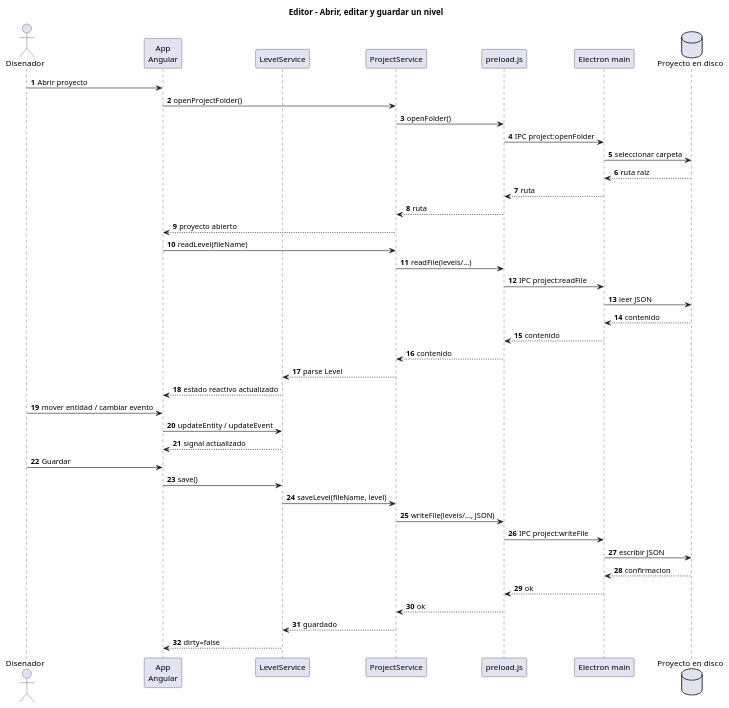
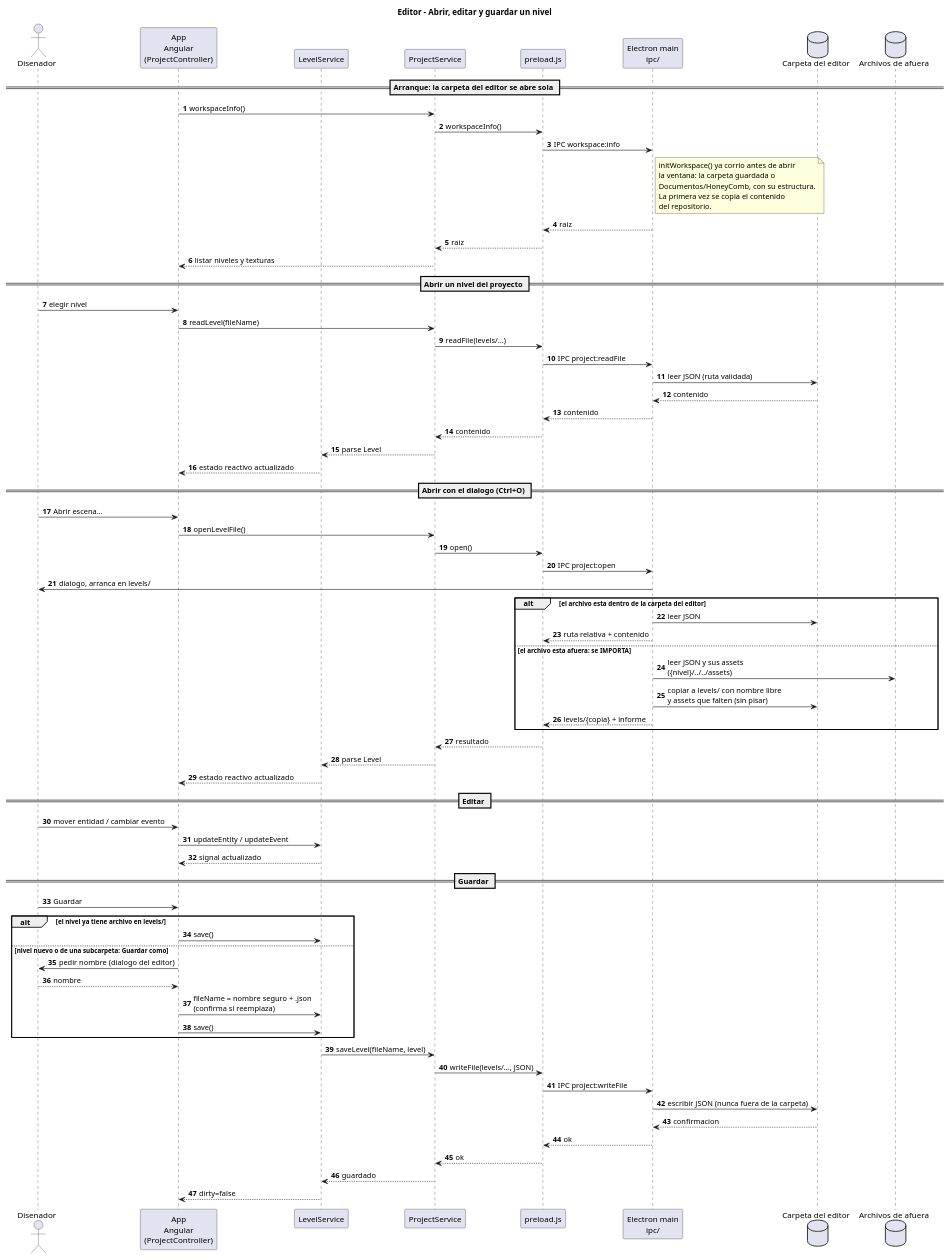
Before and after one commit to dannn-36/HoneyCombEngine-PlataformaNoCode-2.5D: the diagram in docs/architecture/editor-open-edit-save.puml, drawn with PlantUML. The commit also changed 59 other files, not shown here.

First line of the commit message:
Refactorizar el espacio de trabajo del editor y la canalización de recursos

```diff
--- a/docs/architecture/editor-open-edit-save.puml
+++ b/docs/architecture/editor-open-edit-save.puml
@@ -1,48 +1,83 @@
 @startuml editor-open-edit-save
 title Editor - Abrir, editar y guardar un nivel
 autonumber
 
 actor Disenador as designer
-participant "App\nAngular" as app
+participant "App\nAngular\n(ProjectController)" as app
 participant "LevelService" as level
 participant "ProjectService" as project
 participant "preload.js" as preload
-participant "Electron main" as main
-database "Proyecto en disco" as disk
+participant "Electron main\nipc/" as main
+database "Carpeta del editor" as disk
+database "Archivos de afuera" as outside
 
-designer -> app : Abrir proyecto
-app -> project : openProjectFolder()
-project -> preload : openFolder()
-preload -> main : IPC project:openFolder
-main -> disk : seleccionar carpeta
-disk --> main : ruta raiz
-main --> preload : ruta
-preload --> project : ruta
-project --> app : proyecto abierto
+== Arranque: la carpeta del editor se abre sola ==
+app -> project : workspaceInfo()
+project -> preload : workspaceInfo()
+preload -> main : IPC workspace:info
+note right of main
+initWorkspace() ya corrio antes de abrir
+la ventana: la carpeta guardada o
+Documentos/HoneyComb, con su estructura.
+La primera vez se copia el contenido
+del repositorio.
+end note
+main --> preload : raiz
+preload --> project : raiz
+project --> app : listar niveles y texturas
 
+== Abrir un nivel del proyecto ==
+designer -> app : elegir nivel
 app -> project : readLevel(fileName)
 project -> preload : readFile(levels/...)
 preload -> main : IPC project:readFile
-main -> disk : leer JSON
+main -> disk : leer JSON (ruta validada)
 disk --> main : contenido
 main --> preload : contenido
 preload --> project : contenido
 project --> level : parse Level
 level --> app : estado reactivo actualizado
 
+== Abrir con el dialogo (Ctrl+O) ==
+designer -> app : Abrir escena...
+app -> project : openLevelFile()
+project -> preload : open()
+preload -> main : IPC project:open
+main -> designer : dialogo, arranca en levels/
+alt el archivo esta dentro de la carpeta del editor
+  main -> disk : leer JSON
+  main --> preload : ruta relativa + contenido
+else el archivo esta afuera: se IMPORTA
+  main -> outside : leer JSON y sus assets\n({nivel}/../../assets)
+  main -> disk : copiar a levels/ con nombre libre\ny assets que falten (sin pisar)
+  main --> preload : levels/{copia} + informe
+end
+preload --> project : resultado
+project --> level : parse Level
+level --> app : estado reactivo actualizado
+
+== Editar ==
 designer -> app : mover entidad / cambiar evento
 app -> level : updateEntity / updateEvent
 level --> app : signal actualizado
 
+== Guardar ==
 designer -> app : Guardar
-app -> level : save()
+alt el nivel ya tiene archivo en levels/
+  app -> level : save()
+else nivel nuevo o de una subcarpeta: Guardar como
+  app -> designer : pedir nombre (dialogo del editor)
+  designer --> app : nombre
+  app -> level : fileName = nombre seguro + .json\n(confirma si reemplaza)
+  app -> level : save()
+end
 level -> project : saveLevel(fileName, level)
 project -> preload : writeFile(levels/..., JSON)
 preload -> main : IPC project:writeFile
-main -> disk : escribir JSON
+main -> disk : escribir JSON (nunca fuera de la carpeta)
 disk --> main : confirmacion
 main --> preload : ok
 preload --> project : ok
 project --> level : guardado
 level --> app : dirty=false
 @enduml
```
